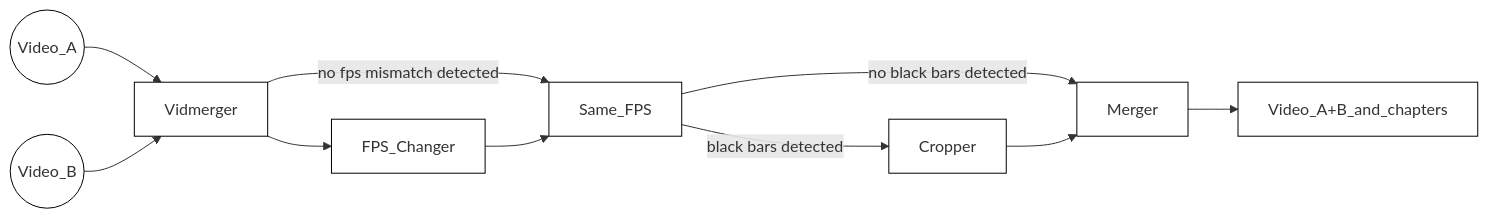
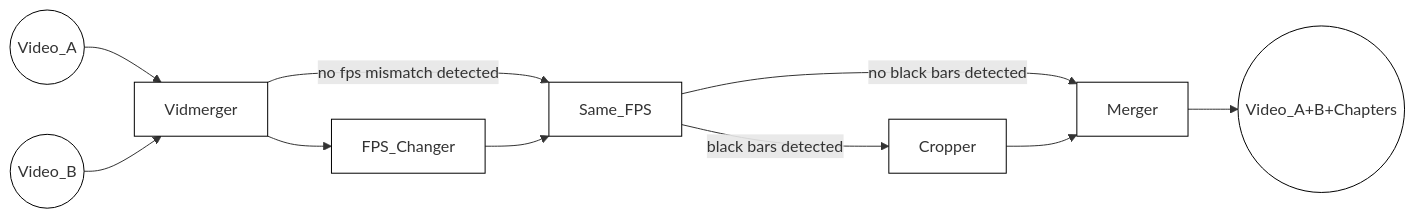
The diagram in README.md (tgotwig/vidmerger), drawn with Mermaid before and after one commit. The commit also changed 1 other file, not shown here.

Commit message:
docs(diagram): rename to Video_A+B+Chapters in circle

````diff
--- a/README.md
+++ b/README.md
@@ -70,12 +70,12 @@
 ```mermaid
 %%{init: {'themeVariables': { 'mainBkg': 'white', 'nodeBorder': 'black' }}}%%
 graph LR;
 VideoA((Video_A))-->Vidmerger;
 VideoB((Video_B))-->Vidmerger;
 Vidmerger-->|no fps mismatch detected| Same_FPS;
 Vidmerger-->FPS_Changer-->Same_FPS;
 Same_FPS-->|black bars detected| Cropper;
 Same_FPS-->|no black bars detected| Merger;
 Cropper-->Merger;
-Merger-->Video_A+B_and_chapters;
+Merger-->Output((Video_A+B+Chapters));
 ```
````
